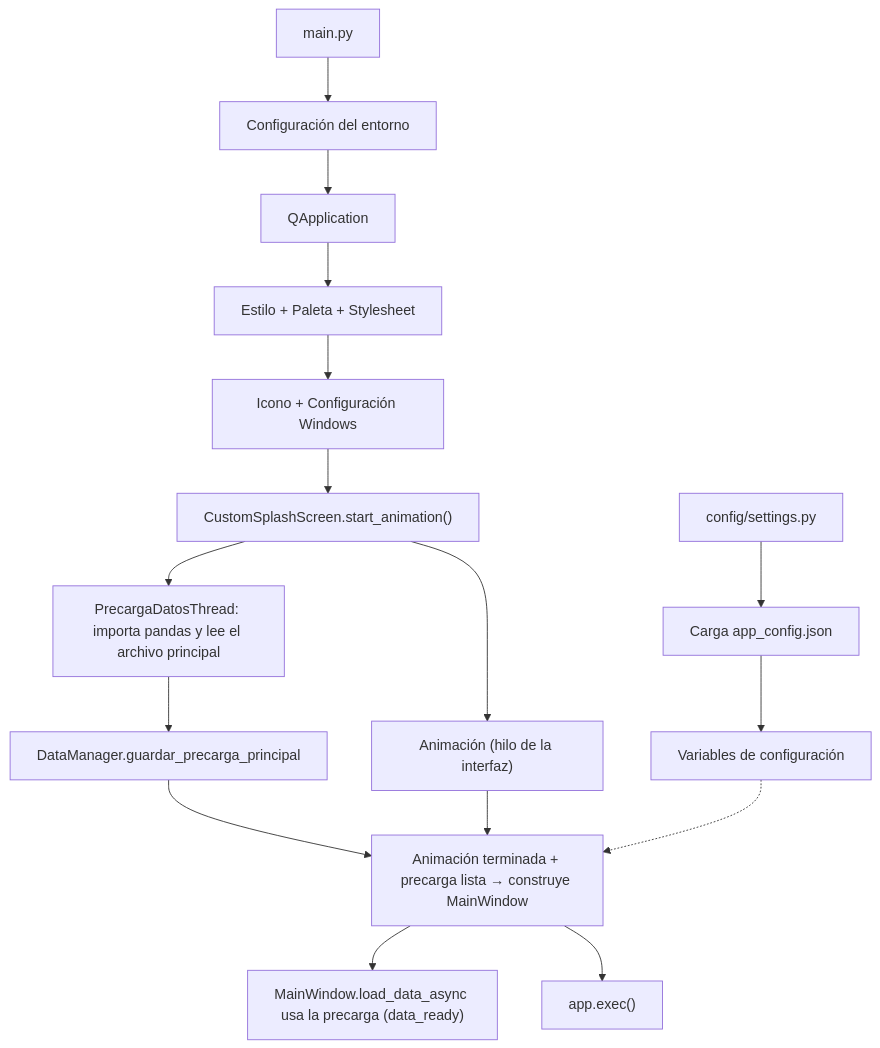
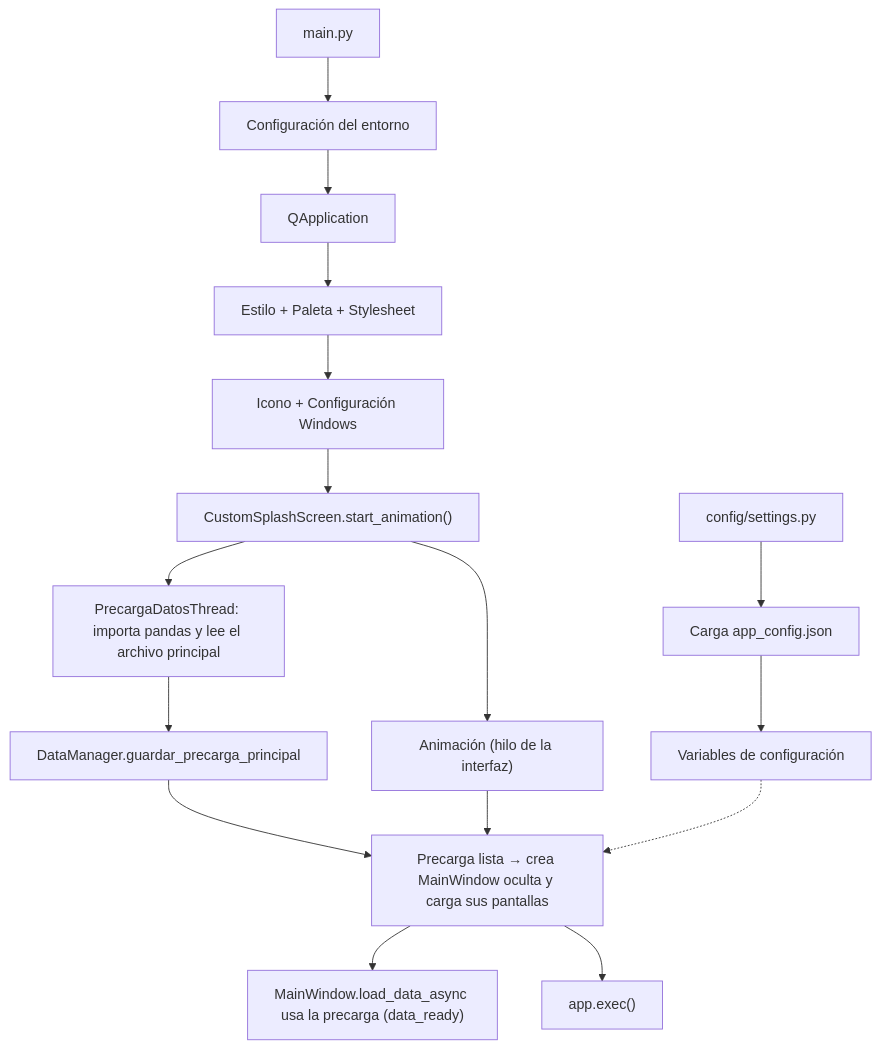
The diagram in Fase 2/Evidencias Proyecto/Evidencias de documentación/docs/01_Arranque_y_Configuracion.md (felipeMon20/PTY4614-302-EQUIPO-2), drawn with Mermaid before and after one commit. The commit also changed other lines of this file and 315 other files, not shown here.

````diff
--- a/Fase 2/Evidencias Proyecto/Evidencias de documentación/docs/01_Arranque_y_Configuracion.md
+++ b/Fase 2/Evidencias Proyecto/Evidencias de documentación/docs/01_Arranque_y_Configuracion.md
@@ -264,19 +273,19 @@
 ```mermaid
 flowchart TD
     A["main.py"] --> B["Configuración del entorno"]
     B --> C["QApplication"]
     C --> D["Estilo + Paleta + Stylesheet"]
     D --> E["Icono + Configuración Windows"]
     E --> F["CustomSplashScreen.start_animation()"]
     F --> P["PrecargaDatosThread: importa pandas y lee el archivo principal"]
     F --> AN["Animación (hilo de la interfaz)"]
     P --> G["DataManager.guardar_precarga_principal"]
-    G --> H["Animación terminada + precarga lista → construye MainWindow"]
+    G --> H["Precarga lista → crea MainWindow oculta y carga sus pantallas"]
     AN --> H
     H --> N["MainWindow.load_data_async usa la precarga (data_ready)"]
     H --> J["app.exec()"]
 
     K["config/settings.py"] --> L["Carga app_config.json"]
     L --> M["Variables de configuración"]
     M -.-> H
 ```
````
